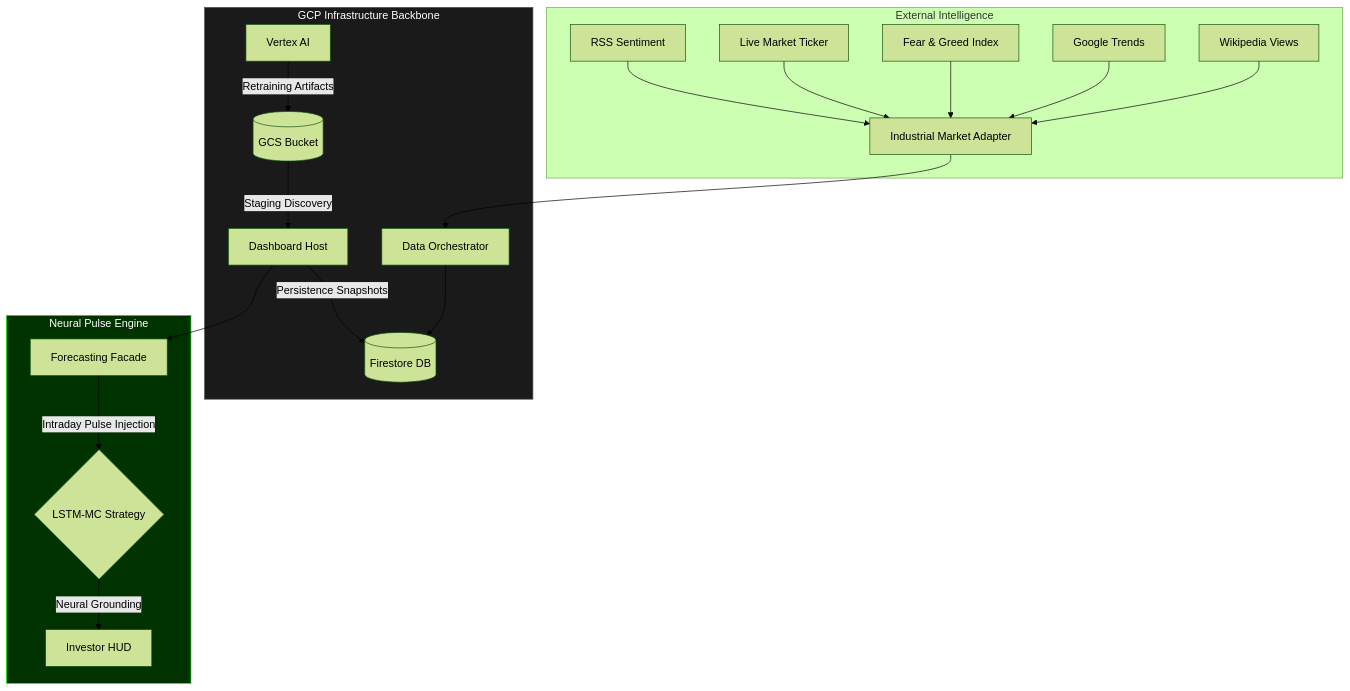
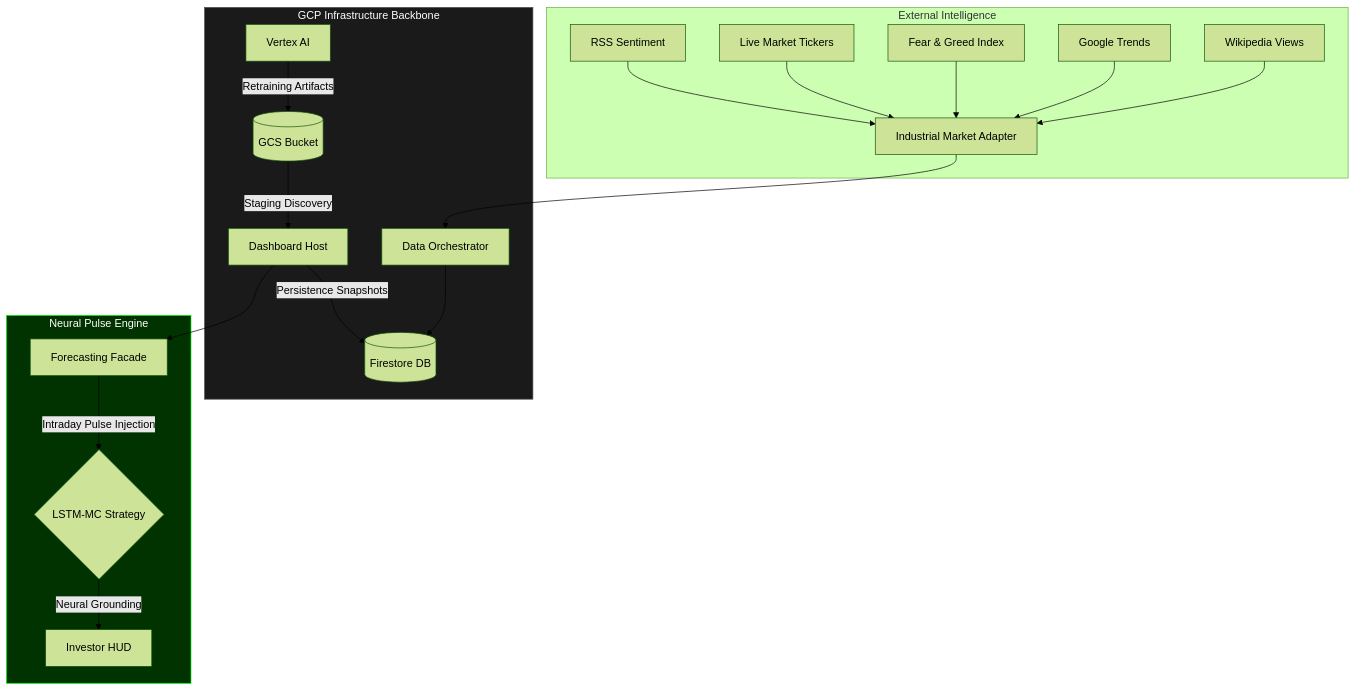
Before and after one commit to CaballeroRAR/btc-predictor: the first of 2 diagrams in README.md, drawn with Mermaid (forest theme). The commit also changed other lines of this file, not shown here.

Commit message:
docs: update architecture, deployment strategy, and diagnostic documentation in README.md

````diff
--- a/README.md
+++ b/README.md
@@ -13,27 +13,27 @@
 ```mermaid
 graph TD
     subgraph IntelligenceSources["External Intelligence"]
         W[Wikipedia Views] --> AD[Industrial Market Adapter]
         T[Google Trends] --> AD
         S[Fear & Greed Index] --> AD
-        M[Live Market Ticker] --> AD
+        M[Live Market Tickers] --> AD
         R[RSS Sentiment] --> AD
     end
 
     subgraph GCPBackbone["GCP Infrastructure Backbone"]
         AD --> DO[Data Orchestrator]
         DO --> FS[(Firestore DB)]
         V[Vertex AI] -->|Retraining Artifacts| GCS[(GCS Bucket)]
         GCS -->|Staging Discovery| DH[Dashboard Host]
         DH -->|Persistence Snapshots| FS
     end
 
     subgraph NeuralPulse["Neural Pulse Engine"]
         DH --> FF[Forecasting Facade]
         FF -->|Intraday Pulse Injection| LSTM{LSTM-MC Strategy}
         LSTM -->|Neural Grounding| HUD[Investor HUD]
     end
 
     style GCPBackbone fill:#1a1a1a,stroke:#4a4a4a,color:#fff
     style NeuralPulse fill:#003300,stroke:#00ff00,color:#fff
 ```
````
